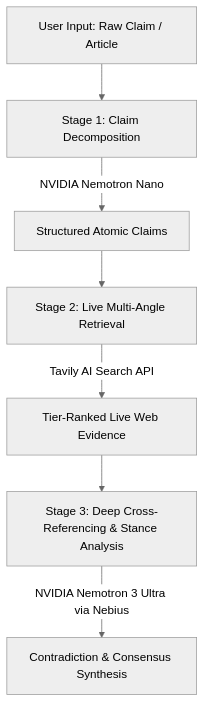
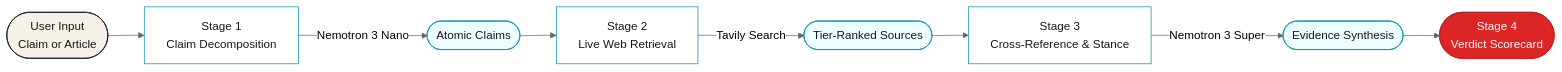
The diagram in README.md (Umaima-Manzoor/DeepTrace), drawn with Mermaid (neutral theme) before and after one commit. The commit also changed other lines of this file, not shown here.

````diff
--- a/README.md
+++ b/README.md
@@ -30,9 +66,19 @@
 ```mermaid
-flowchart TD
-    A[User Input: Raw Claim / Article] --> B[Stage 1: Claim Decomposition]
-    B -->|NVIDIA Nemotron Nano| C[Structured Atomic Claims]
-    C --> D[Stage 2: Live Multi-Angle Retrieval]
-    D -->|Tavily AI Search API| E[Tier-Ranked Live Web Evidence]
-    E --> F[Stage 3: Deep Cross-Referencing & Stance Analysis]
-    F -->|NVIDIA Nemotron 3 Ultra via Nebius| G[Contradiction & Consensus Synthesis]
+flowchart LR
+    A([User Input<br/>Claim or Article]) --> B[Stage 1<br/>Claim Decomposition]
+    B -->|Nemotron 3 Nano| C([Atomic Claims])
+    C --> D[Stage 2<br/>Live Web Retrieval]
+    D -->|Tavily Search| E([Tier-Ranked Sources])
+    E --> F[Stage 3<br/>Cross-Reference & Stance]
+    F -->|Nemotron 3 Super| G([Evidence Synthesis])
+    G --> H([Stage 4<br/>Verdict Scorecard])
+
+    style A fill:#f5f0e8,stroke:#18181b,color:#18181b
+    style H fill:#dc2626,stroke:#b91c1c,color:#ffffff
+    style B fill:#ffffff,stroke:#0891b2,color:#18181b
+    style D fill:#ffffff,stroke:#0891b2,color:#18181b
+    style F fill:#ffffff,stroke:#0891b2,color:#18181b
+    style C fill:#ecfeff,stroke:#0891b2,color:#18181b
+    style E fill:#ecfeff,stroke:#0891b2,color:#18181b
+    style G fill:#ecfeff,stroke:#0891b2,color:#18181b
 ```
````
